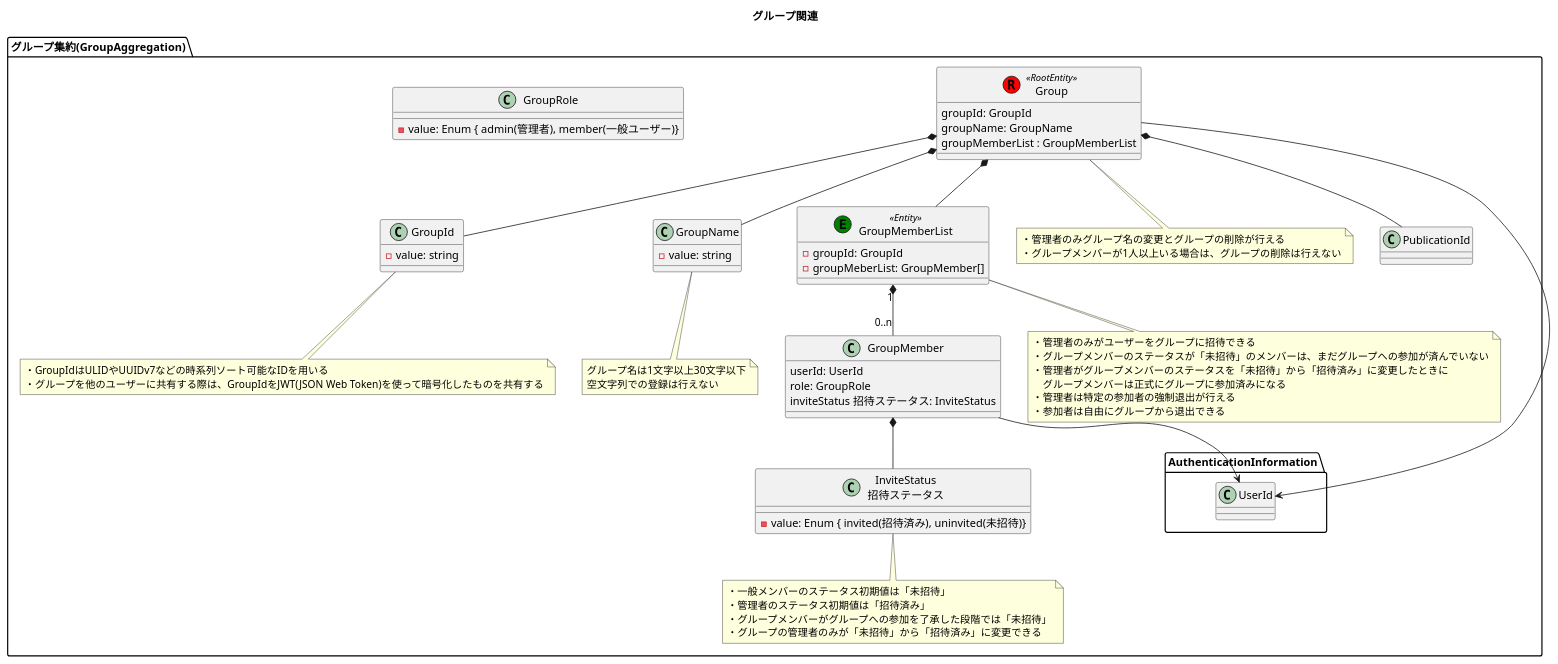
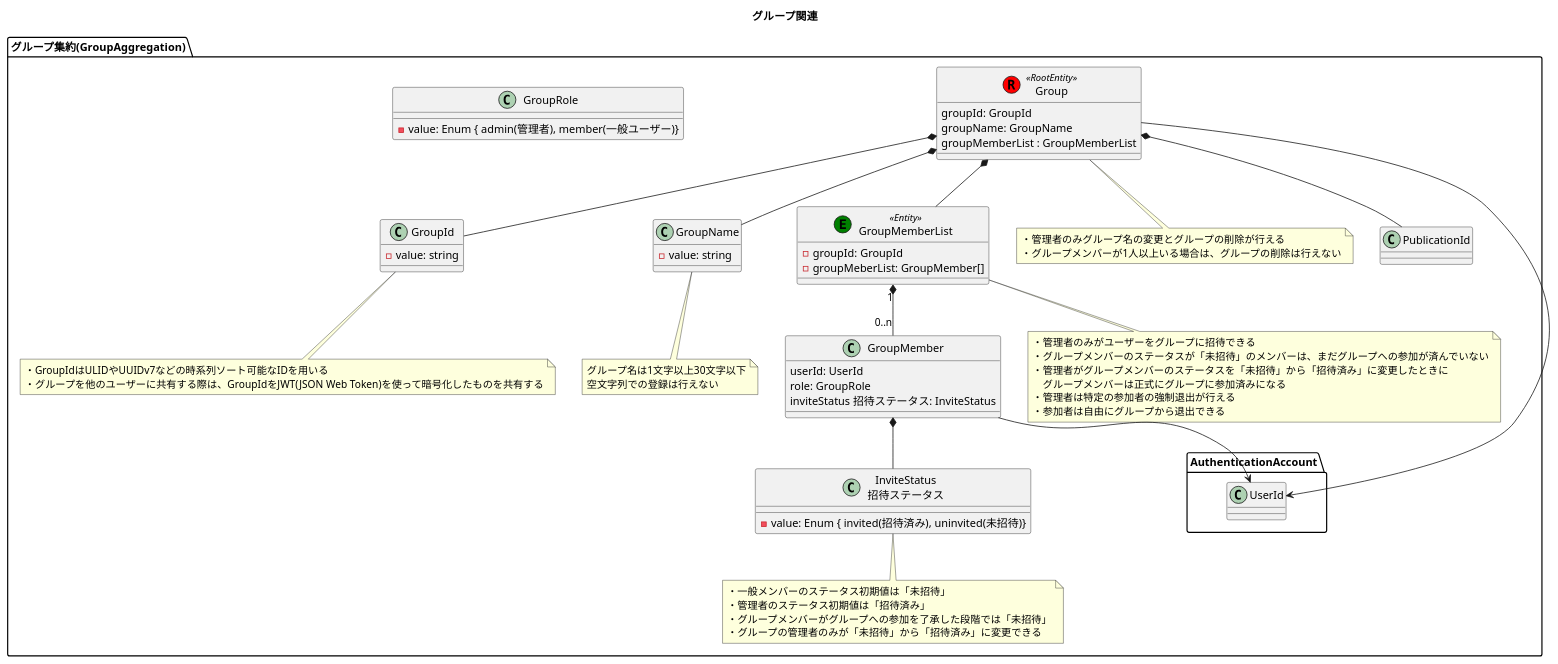
The diagram in modelingDiagram/domainModelDiagram/グループ関連.pu (h-maki2/identityAccess), drawn with PlantUML before and after one commit. The commit also changed 92 other files, not shown here.

```diff
--- a/modelingDiagram/domainModelDiagram/グループ関連.pu
+++ b/modelingDiagram/domainModelDiagram/グループ関連.pu
@@ -1,80 +1,80 @@
 @startuml グループ関連
 
 title グループ関連
 
 package "グループ集約(GroupAggregation)" {
     class Group << (R,red) RootEntity >> {
         groupId: GroupId
         groupName: GroupName
         groupMemberList : GroupMemberList
     }
 
     class GroupId {
         - value: string
     }
 
     class GroupName {
         - value: string
     }
 
     class GroupMemberList << (E,green) Entity >> {
         - groupId: GroupId
         - groupMeberList: GroupMember[]
     }
 
     class GroupMember {
         userId: UserId
         role: GroupRole
         inviteStatus 招待ステータス: InviteStatus
     }
 
     class "InviteStatus\n招待ステータス" as InviteStatus {
         - value: Enum { invited(招待済み), uninvited(未招待)}
     }
 
     class GroupRole {
         - value: Enum { admin(管理者), member(一般ユーザー)}
     }
 
     note bottom of Group
         ・管理者のみグループ名の変更とグループの削除が行える
         ・グループメンバーが1人以上いる場合は、グループの削除は行えない
     end note
 
     note bottom of GroupMemberList
         ・管理者のみがユーザーをグループに招待できる
         ・グループメンバーのステータスが「未招待」のメンバーは、まだグループへの参加が済んでいない
         ・管理者がグループメンバーのステータスを「未招待」から「招待済み」に変更したときに
         　グループメンバーは正式にグループに参加済みになる
         ・管理者は特定の参加者の強制退出が行える
         ・参加者は自由にグループから退出できる
     end note
 
     note bottom of GroupName
         グループ名は1文字以上30文字以下
         空文字列での登録は行えない
     end note
 
     note bottom of GroupId
         ・GroupIdはULIDやUUIDv7などの時系列ソート可能なIDを用いる
         ・グループを他のユーザーに共有する際は、GroupIdをJWT(JSON Web Token)を使って暗号化したものを共有する
     end note
 
     note bottom of InviteStatus
         ・一般メンバーのステータス初期値は「未招待」
         ・管理者のステータス初期値は「招待済み」
         ・グループメンバーがグループへの参加を了承した段階では「未招待」
         ・グループの管理者のみが「未招待」から「招待済み」に変更できる
     end note
 
     Group *-down- GroupId
     Group *-down- GroupName
     Group *-down- PublicationId
     Group *-down- GroupMemberList
-    Group -down-> AuthenticationInformation.UserId
+    Group -down-> AuthenticationAccount.UserId
     GroupMemberList "1" *-down- "0..n" GroupMember
-    GroupMember -down-> AuthenticationInformation.UserId
+    GroupMember -down-> AuthenticationAccount.UserId
     GroupMember *-down- InviteStatus
 }
 
 @enduml
```
